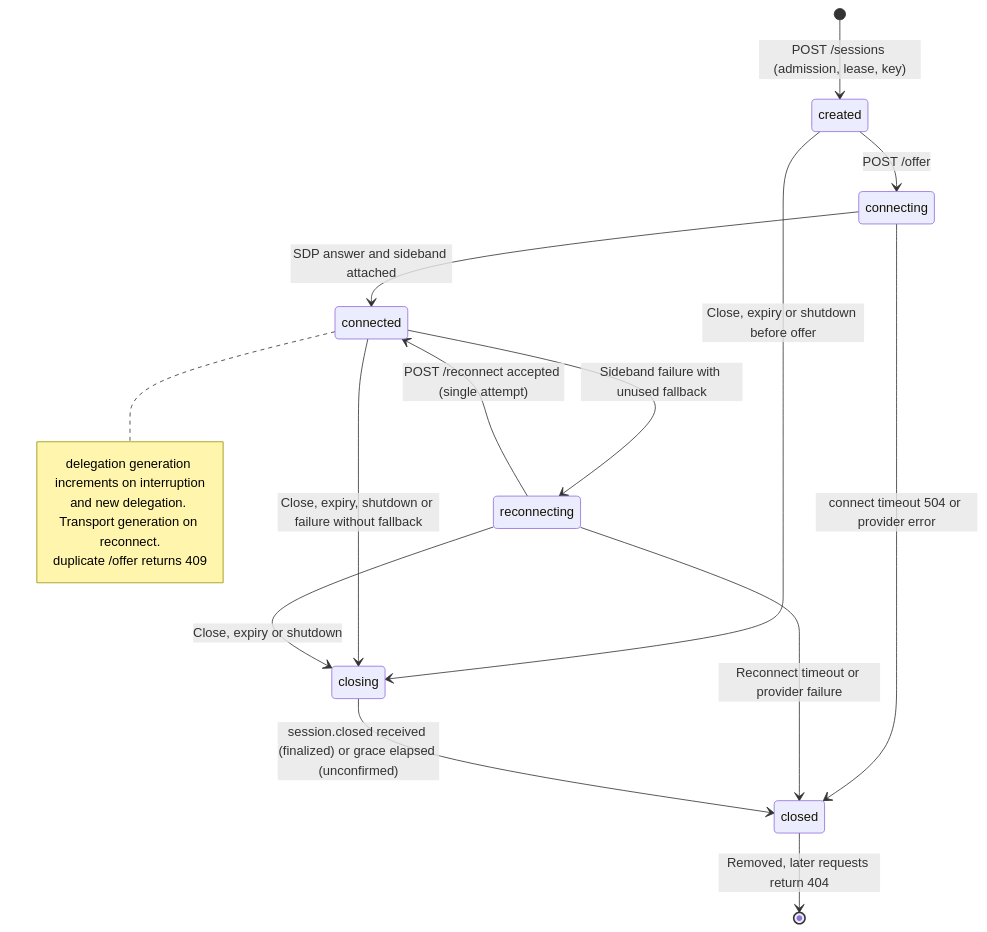
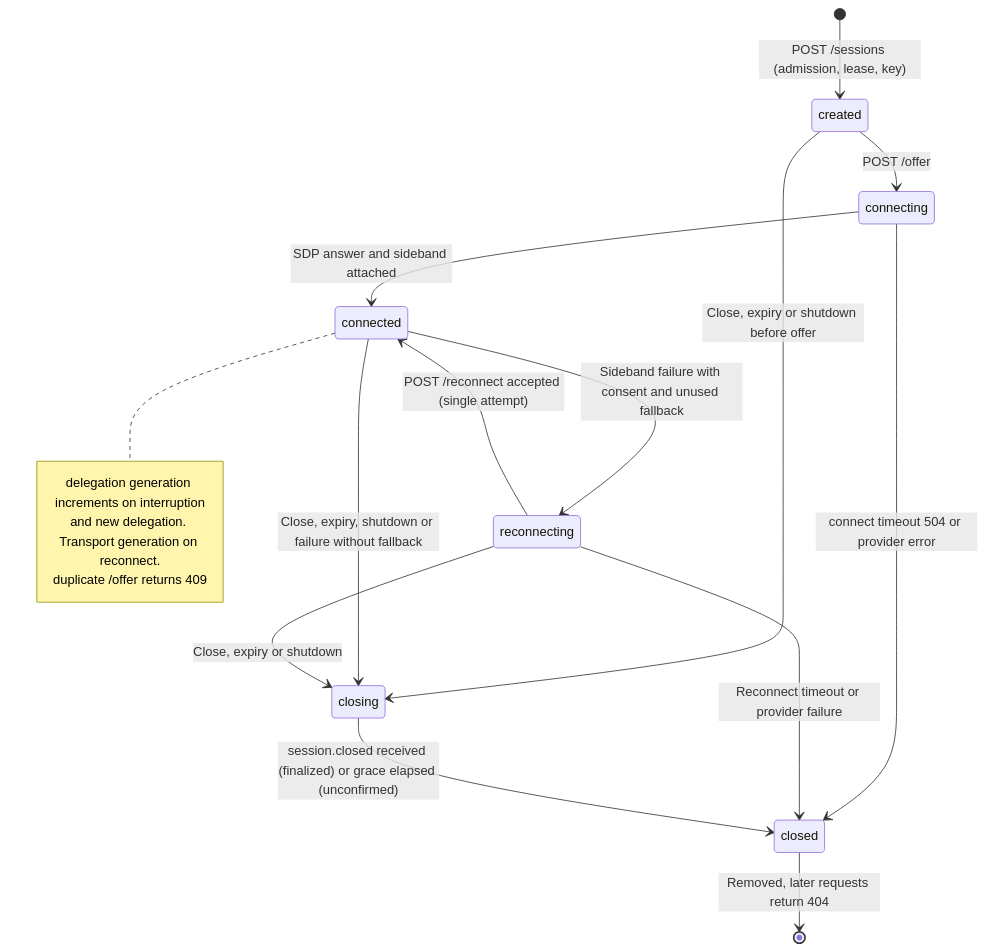
One commit to savbiz/voice-delegate changed the fourth of 4 diagrams in docs/architecture.md. Above: the diagram before and after it, drawn with Mermaid. The commit also changed other lines of this file and 89 other files, not shown here.

````diff
--- a/docs/architecture.md
+++ b/docs/architecture.md
@@ -104,20 +104,20 @@
 ```mermaid
 stateDiagram-v2
     [*] --> created: POST /sessions (admission, lease, key)
     created --> connecting: POST /offer
     created --> closing: Close, expiry or shutdown before offer
     connecting --> connected: SDP answer and sideband attached
     connecting --> closed: connect timeout 504 or provider error
-    connected --> reconnecting: Sideband failure with unused fallback
+    connected --> reconnecting: Sideband failure with consent and unused fallback
     connected --> closing: Close, expiry, shutdown or failure without fallback
     reconnecting --> connected: POST /reconnect accepted (single attempt)
     reconnecting --> closing: Close, expiry or shutdown
     reconnecting --> closed: Reconnect timeout or provider failure
     closing --> closed: session.closed received (finalized) or grace elapsed (unconfirmed)
     closed --> [*]: Removed, later requests return 404
     note right of connected
         delegation generation increments on interruption
         and new delegation. Transport generation on reconnect.
         duplicate /offer returns 409
     end note
 ```
````
